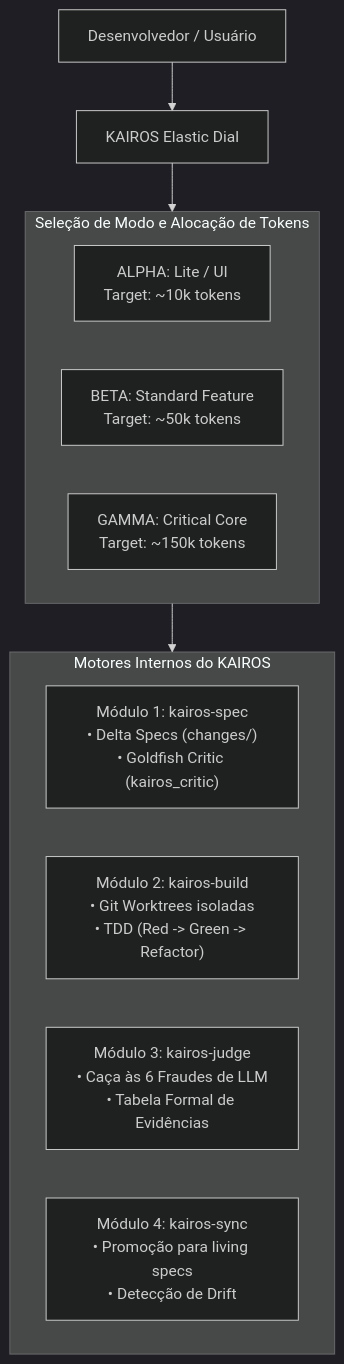
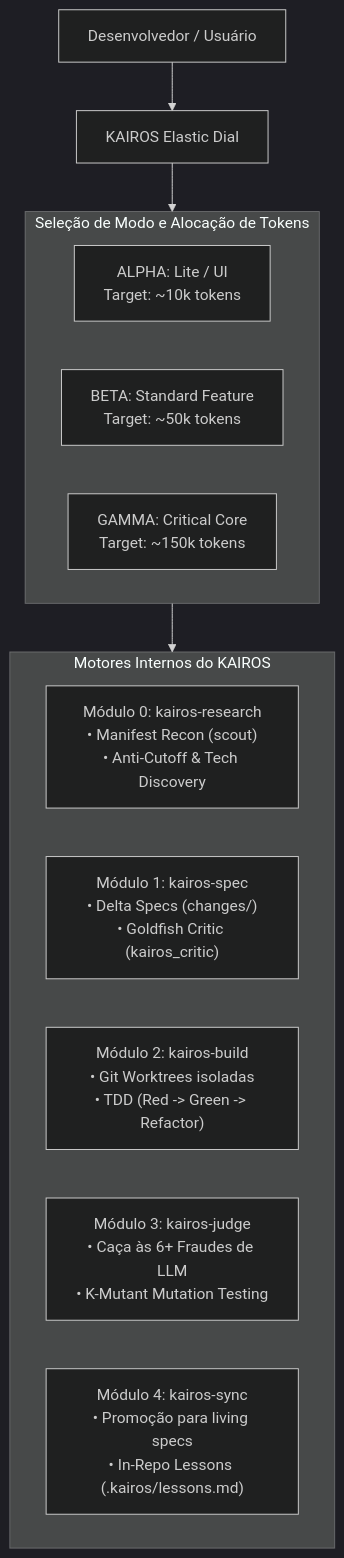
Before and after one commit to ismaelsoilet/kairos-framework: the diagram in docs/ARCHITECTURE.md, drawn with Mermaid (dark theme). The commit also changed other lines of this file and 4 other files, not shown here.

Commit message:
docs(modernization): update master READMEs, architecture blueprints, and CLI reference with full 9-stage SDLC and tech scout engine

````diff
--- a/docs/ARCHITECTURE.md
+++ b/docs/ARCHITECTURE.md
@@ -11,21 +11,22 @@
 ```mermaid
 flowchart TD
     DEV["Desenvolvedor / Usuário"] --> ROUTER["KAIROS Elastic Dial"]
     
     subgraph MODES["Seleção de Modo e Alocação de Tokens"]
         M_ALPHA["ALPHA: Lite / UI<br/>Target: ~10k tokens"]
         M_BETA["BETA: Standard Feature<br/>Target: ~50k tokens"]
         M_GAMMA["GAMMA: Critical Core<br/>Target: ~150k tokens"]
     end
 
     ROUTER --> MODES
 
     subgraph CORE_ENGINES["Motores Internos do KAIROS"]
+        SCOUT["Módulo 0: kairos-research<br/>• Manifest Recon (scout)<br/>• Anti-Cutoff & Tech Discovery"]
         SPEC["Módulo 1: kairos-spec<br/>• Delta Specs (changes/)<br/>• Goldfish Critic (kairos_critic)"]
         BUILD["Módulo 2: kairos-build<br/>• Git Worktrees isoladas<br/>• TDD (Red -> Green -> Refactor)"]
-        JUDGE["Módulo 3: kairos-judge<br/>• Caça às 6 Fraudes de LLM<br/>• Tabela Formal de Evidências"]
-        SYNC["Módulo 4: kairos-sync<br/>• Promoção para living specs<br/>• Detecção de Drift"]
+        JUDGE["Módulo 3: kairos-judge<br/>• Caça às 6+ Fraudes de LLM<br/>• K-Mutant Mutation Testing"]
+        SYNC["Módulo 4: kairos-sync<br/>• Promoção para living specs<br/>• In-Repo Lessons (.kairos/lessons.md)"]
     end
 
     MODES --> CORE_ENGINES
 ```
````
